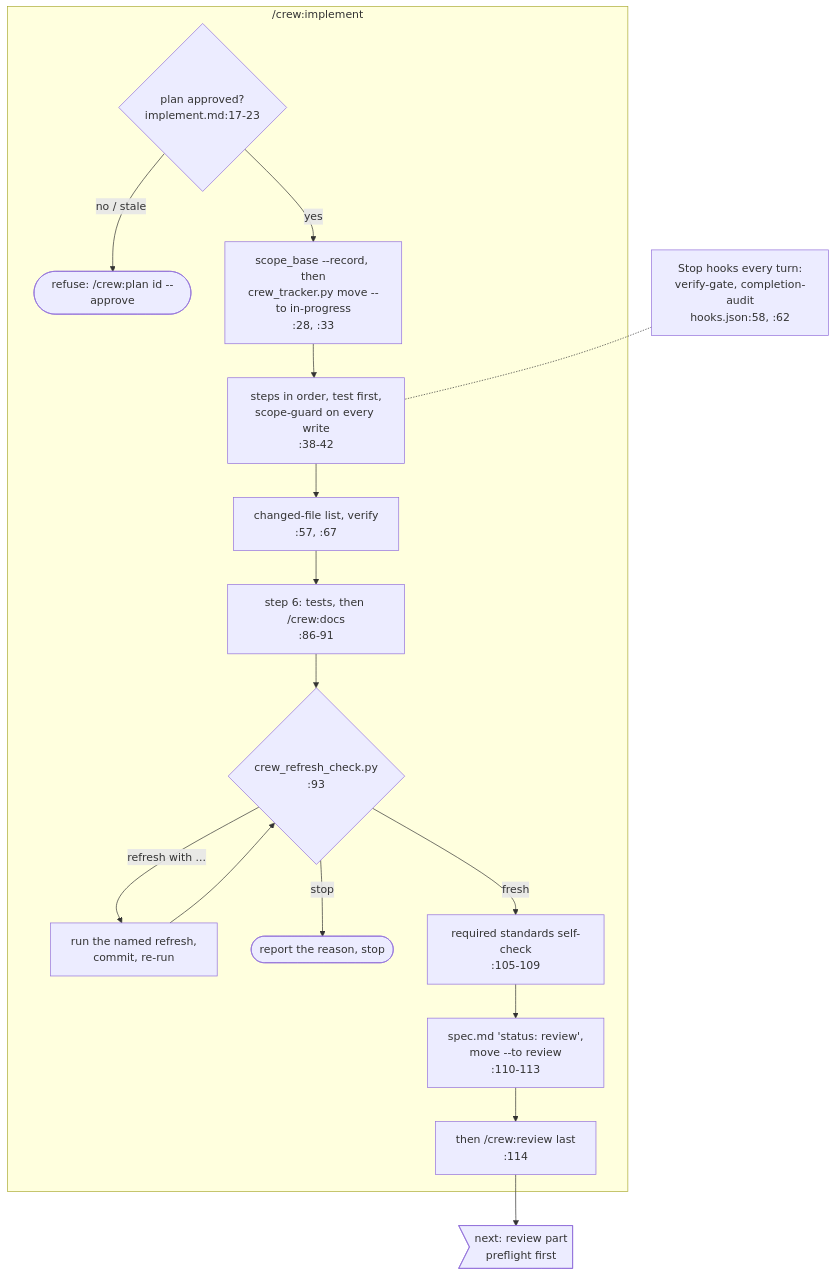
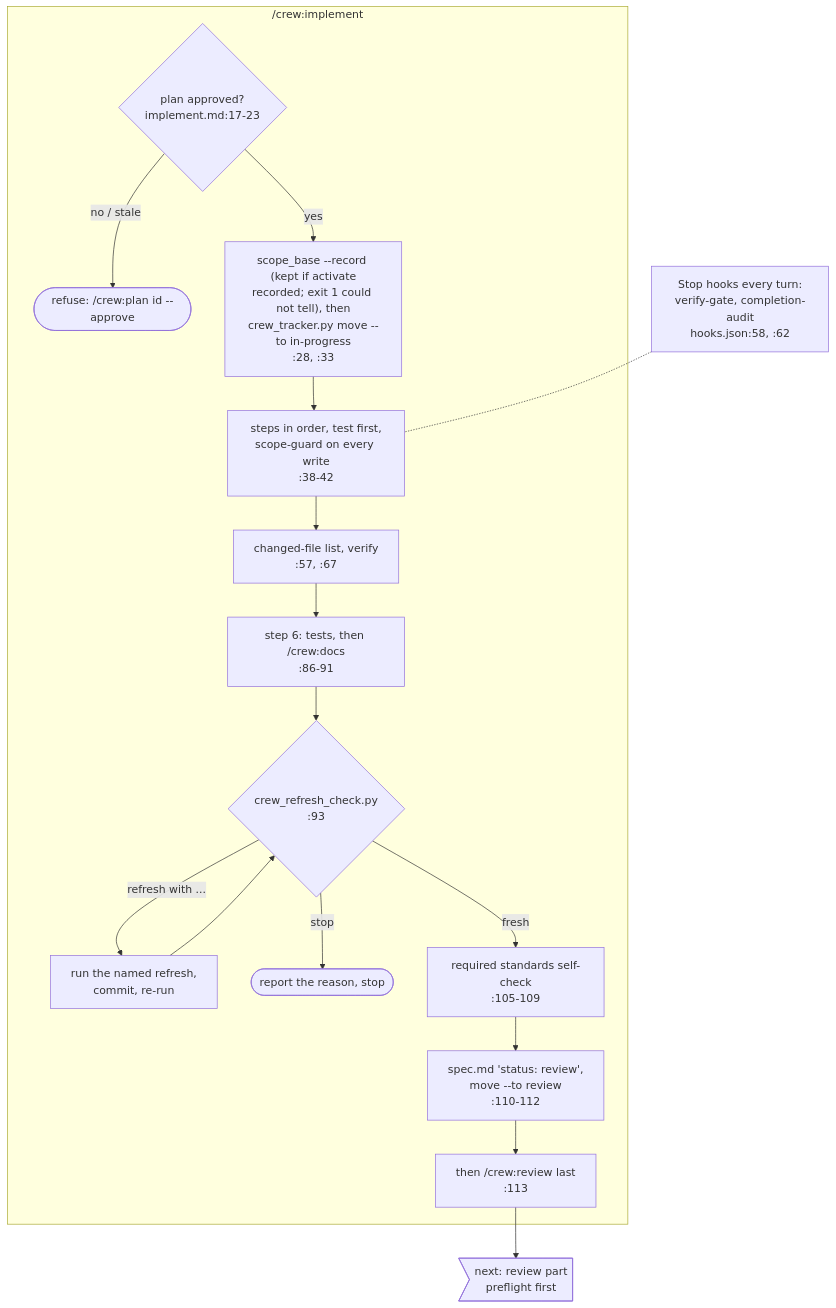
Before and after one commit to mbadali25/useful-claude-add-ons: diagram 29 of 36 in docs/diagrams/README.md, drawn with Mermaid. The commit also changed other lines of this file and 1 other file, not shown here.

First line of the commit message:
L-0522: regenerate docs/diagrams README.md and index.html from the merged sources (review FIX); the three container-dependent Readability verdicts keep main's PASS

````diff
--- a/docs/diagrams/README.md
+++ b/docs/diagrams/README.md
@@ -1083,22 +1083,22 @@
 ```mermaid
 flowchart TB
     subgraph implement["/crew:implement"]
         im0{"plan approved?<br/>implement.md:17-23"}
         im0 -- "no / stale" --> imx([refuse: /crew:plan id --approve])
-        im0 -- yes --> im1["scope_base --record, then<br/>crew_tracker.py move --to in-progress<br/>:28, :33"]
+        im0 -- yes --> im1["scope_base --record (kept if activate<br/>recorded; exit 1 could not tell), then<br/>crew_tracker.py move --to in-progress<br/>:28, :33"]
         im1 --> im2["steps in order, test first,<br/>scope-guard on every write<br/>:38-42"]
         im2 --> im3a["changed-file list, verify<br/>:57, :67"]
         im3a --> im3["step 6: tests, then /crew:docs<br/>:86-91"]
         im3 --> rf1{"crew_refresh_check.py<br/>:93"}
         rf1 -- "refresh with ..." --> rf2["run the named refresh,<br/>commit, re-run"]
         rf2 --> rf1
         rf1 -- "stop" --> rfx([report the reason, stop])
         rf1 -- fresh --> sc1["required standards self-check<br/>:105-109"]
-        sc1 --> im4["spec.md 'status: review',<br/>move --to review<br/>:110-113"]
-        im4 --> im5["then /crew:review last<br/>:114"]
+        sc1 --> im4["spec.md 'status: review',<br/>move --to review<br/>:110-112"]
+        im4 --> im5["then /crew:review last<br/>:113"]
     end
 
     im5 --> to_pf0>"next: review part<br/>preflight first"]
 
     stop["Stop hooks every turn:<br/>verify-gate, completion-audit<br/>hooks.json:58, :62"] -.- im2
 ```
````
